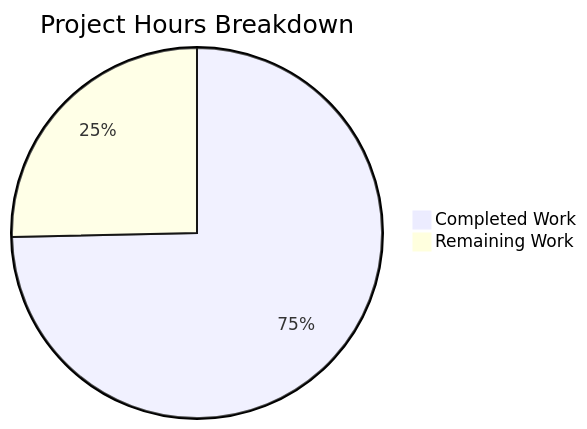
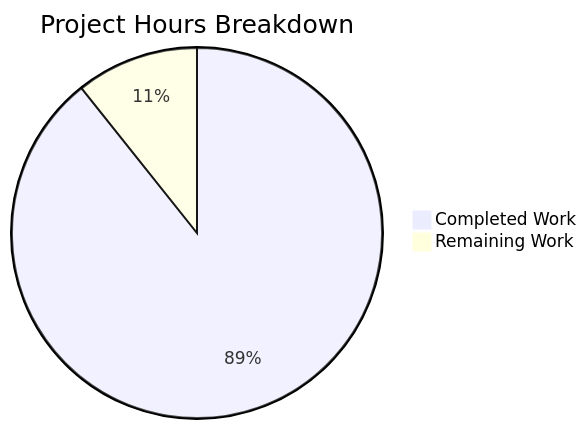
One commit to blitzy-public-samples/blitzy-kubernetes changed the second of 2 diagrams in blitzy/documentation/Project Guide.md. Above: the diagram before and after it, drawn with Mermaid. The commit also changed other lines of this file, not shown here.

Commit message:
Adding Blitzy Project Guide: Project Status and Human Tasks Remaining

````diff
--- a/blitzy/documentation/Project Guide.md
+++ b/blitzy/documentation/Project Guide.md
@@ -35,5 +155,5 @@
 ```mermaid
 pie title Project Hours Breakdown
-    "Completed Work" : 53
-    "Remaining Work" : 18
+    "Completed Work" : 25
+    "Remaining Work" : 3
 ```
````
